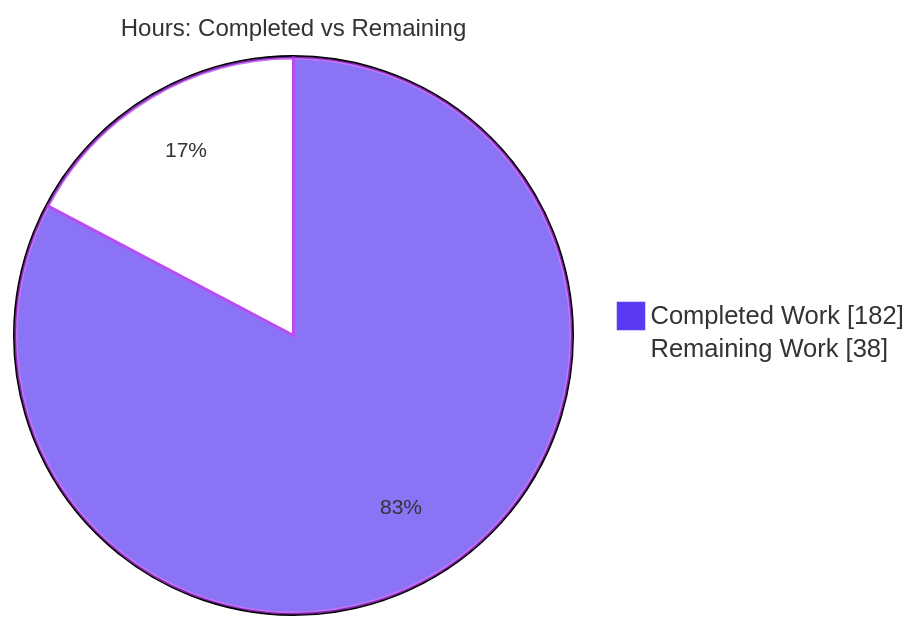
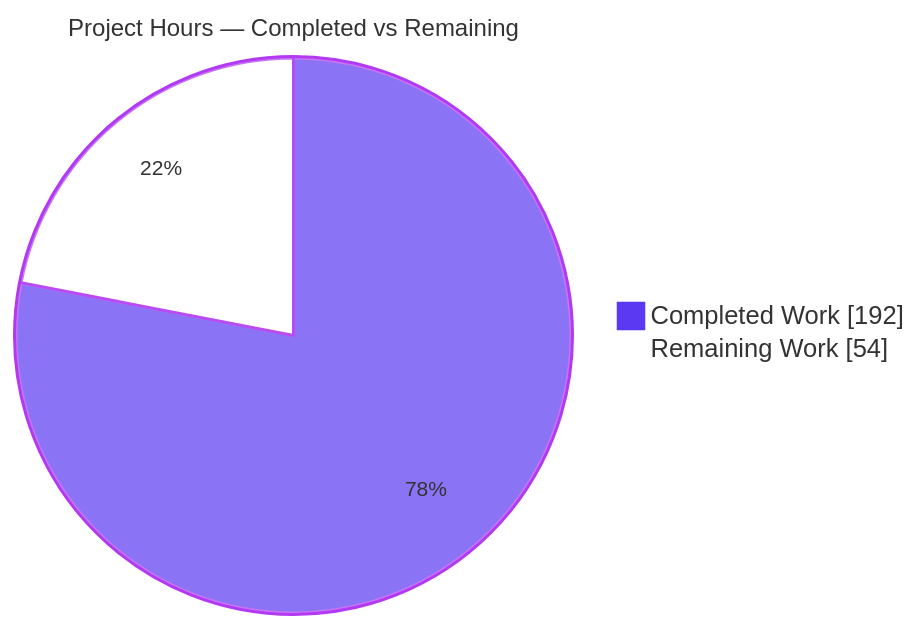
Before and after one commit to Blitzy-Sandbox/blitzy-ArkCase: the second of 3 diagrams in blitzy/documentation/Project Guide.md, drawn with Mermaid. The commit also changed other lines of this file, not shown here.

Commit message:
Adding Blitzy Project Guide: Project Status and Human Tasks Remaining

````diff
--- a/blitzy/documentation/Project Guide.md
+++ b/blitzy/documentation/Project Guide.md
@@ -218,6 +217,7 @@
 ```mermaid
-%%{init: {'theme':'base', 'themeVariables': {'pie1':'#5B39F3','pie2':'#FFFFFF','pieStrokeColor':'#B23AF2','pieStrokeWidth':'2px','pieTitleTextSize':'16px','pieSectionTextSize':'14px'}}}%%
-pie showData title Hours: Completed vs Remaining
-    "Completed Work" : 182
-    "Remaining Work" : 38
+%%{init: {'theme':'base', 'themeVariables': {'pie1':'#5B39F3','pie2':'#FFFFFF','pieStrokeColor':'#B23AF2','pieStrokeWidth':'2px','pieOuterStrokeColor':'#B23AF2','pieTitleTextSize':'16px','pieSectionTextSize':'14px'}}}%%
+pie showData
+    title Project Hours — Completed vs Remaining
+    "Completed Work" : 192
+    "Remaining Work" : 54
 ```
````
